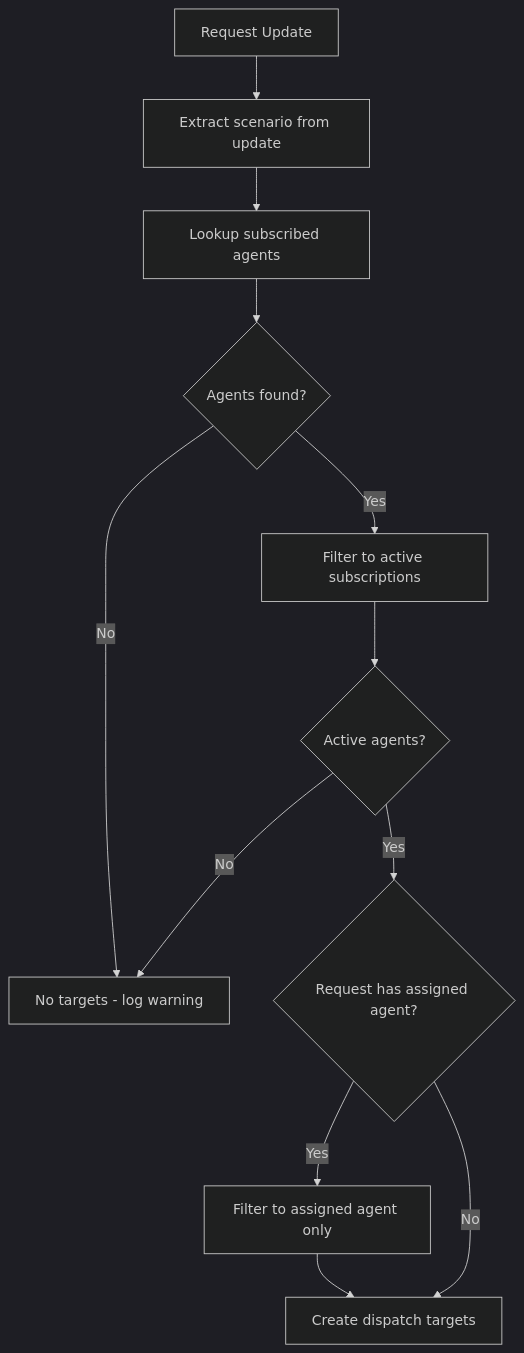
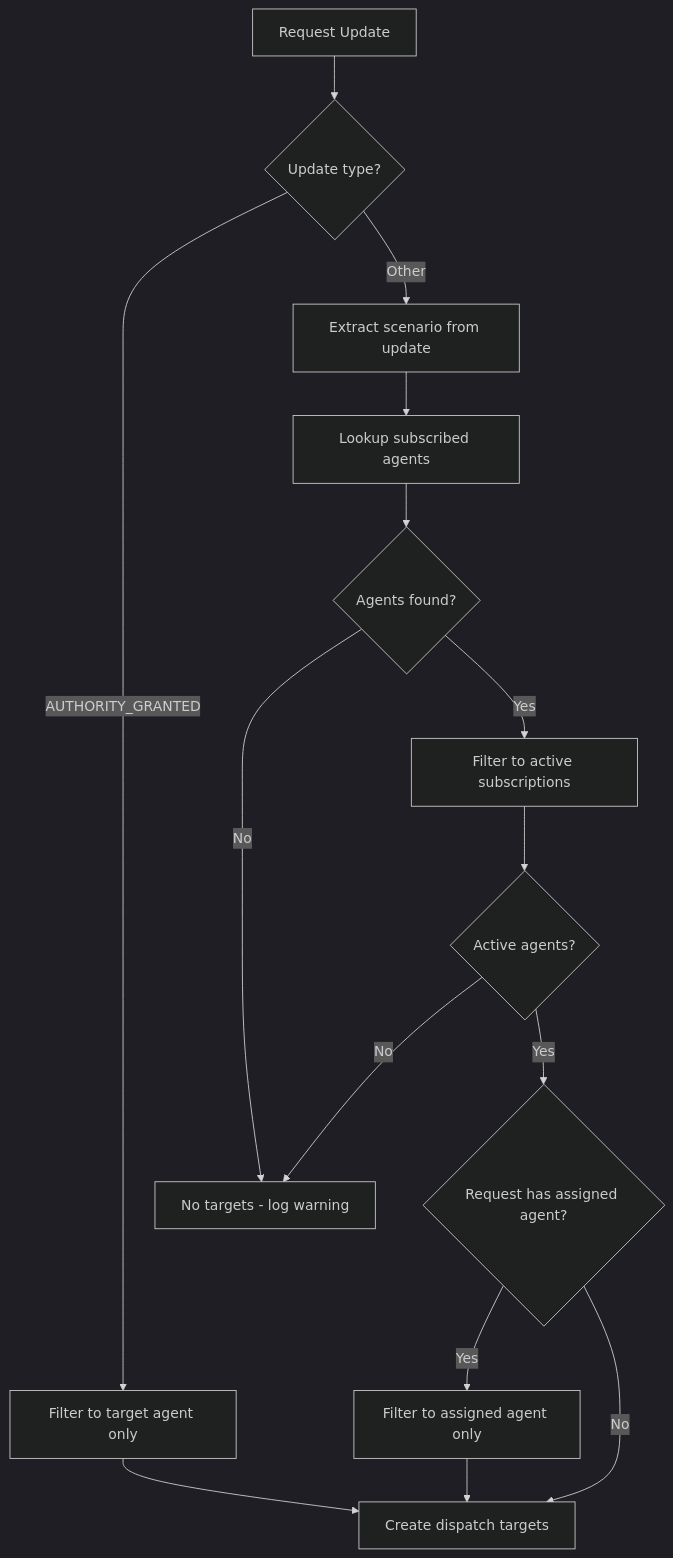
Before and after one commit to gramki/temp-website: the diagram in olympus-seer-docs/seer-design/subsystems/agent-ingress-gateway/request-routing.md, drawn with Mermaid (dark theme). The commit also changed other lines of this file and 45 other files, not shown here.

````diff
--- a/olympus-seer-docs/seer-design/subsystems/agent-ingress-gateway/request-routing.md
+++ b/olympus-seer-docs/seer-design/subsystems/agent-ingress-gateway/request-routing.md
@@ -170,25 +171,30 @@
 ```mermaid
 flowchart TD
     Update[Request Update]
+    CheckType{Update type?}
     GetScenario[Extract scenario from update]
     LookupAgents[Lookup subscribed agents]
     HasAgents{Agents found?}
     FilterActive[Filter to active subscriptions]
     HasActive{Active agents?}
     CheckAffinity{Request has assigned agent?}
     FilterToAssigned[Filter to assigned agent only]
+    FilterToTarget[Filter to target agent only]
     CreateTargets[Create dispatch targets]
     NoTargets[No targets - log warning]
     
-    Update --> GetScenario
+    Update --> CheckType
+    CheckType -->|AUTHORITY_GRANTED| FilterToTarget
+    CheckType -->|Other| GetScenario
     GetScenario --> LookupAgents
     LookupAgents --> HasAgents
     HasAgents -->|No| NoTargets
     HasAgents -->|Yes| FilterActive
     FilterActive --> HasActive
     HasActive -->|No| NoTargets
     HasActive -->|Yes| CheckAffinity
     CheckAffinity -->|Yes| FilterToAssigned
     CheckAffinity -->|No| CreateTargets
     FilterToAssigned --> CreateTargets
+    FilterToTarget --> CreateTargets
 ```
````
